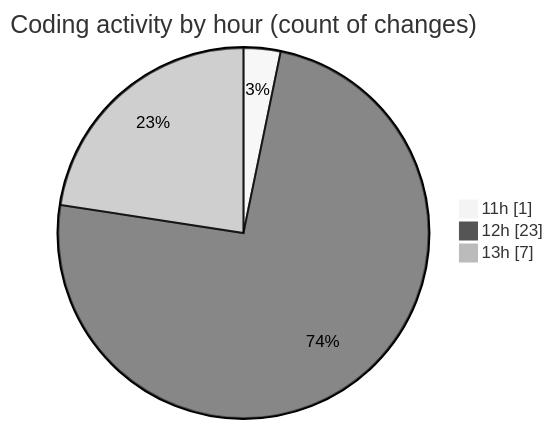
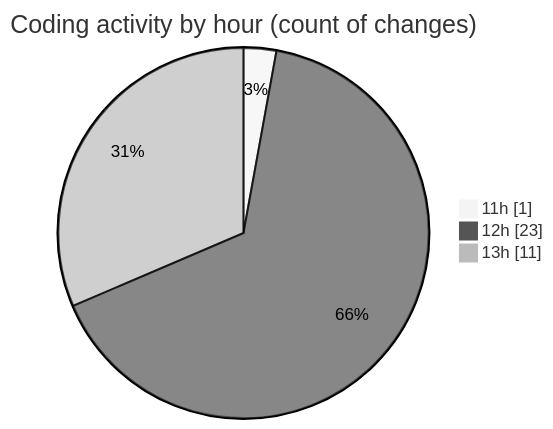
The second of 2 diagrams in 2025-03-01/react_ecom/README.md (Elitesun/code-tracking), drawn with Mermaid (neutral theme) before and after one commit. The commit also changed other lines of this file and 1 other file, not shown here.

````diff
--- a/2025-03-01/react_ecom/README.md
+++ b/2025-03-01/react_ecom/README.md
@@ -34,7 +34,7 @@
 ```mermaid
 pie showData
 title Coding activity by hour (count of changes)
 "11h" : 1
 "12h" : 23
-"13h" : 7
+"13h" : 11
 ```
````
